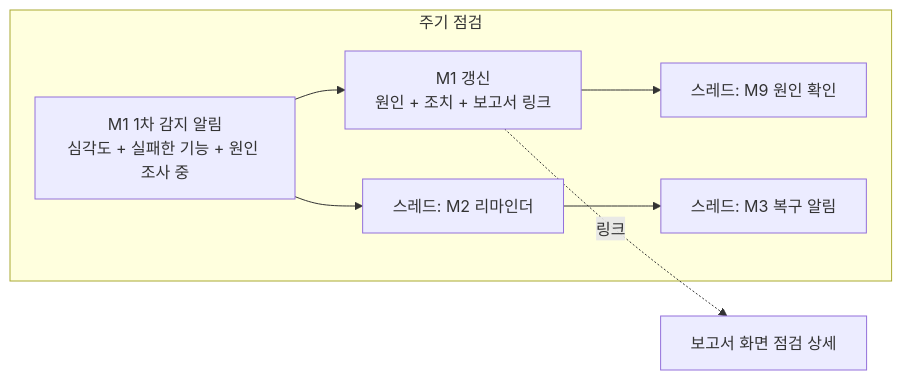
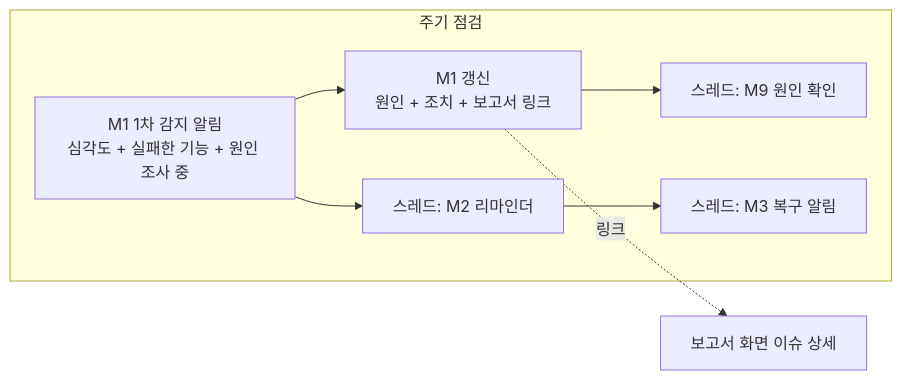
The diagram in docs/04-ui-spec.md (skax-jihyeryu/KubeGuardian), drawn with Mermaid before and after one commit. The commit also changed other lines of this file and 2 other files, not shown here.

````diff
--- a/docs/04-ui-spec.md
+++ b/docs/04-ui-spec.md
@@ -70,10 +71,10 @@
 ```mermaid
 flowchart LR
     subgraph 주기 점검
         A0[M1 1차 감지 알림<br/>심각도 + 실패한 기능 + 원인 조사 중] --> A[M1 갱신<br/>원인 + 조치 + 보고서 링크]
         A --> A2[스레드: M9 원인 확인]
         A0 --> A1[스레드: M2 리마인더]
         A1 --> A3[스레드: M3 복구 알림]
     end
-    A -. 링크 .-> R[보고서 화면 점검 상세]
+    A -. 링크 .-> R[보고서 화면 이슈 상세]
 ```
````
